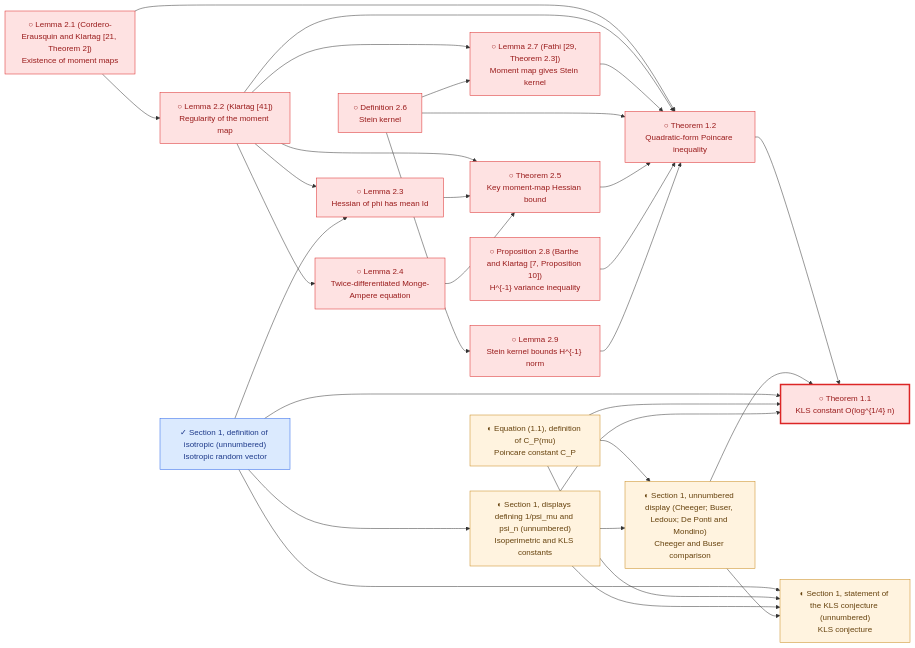
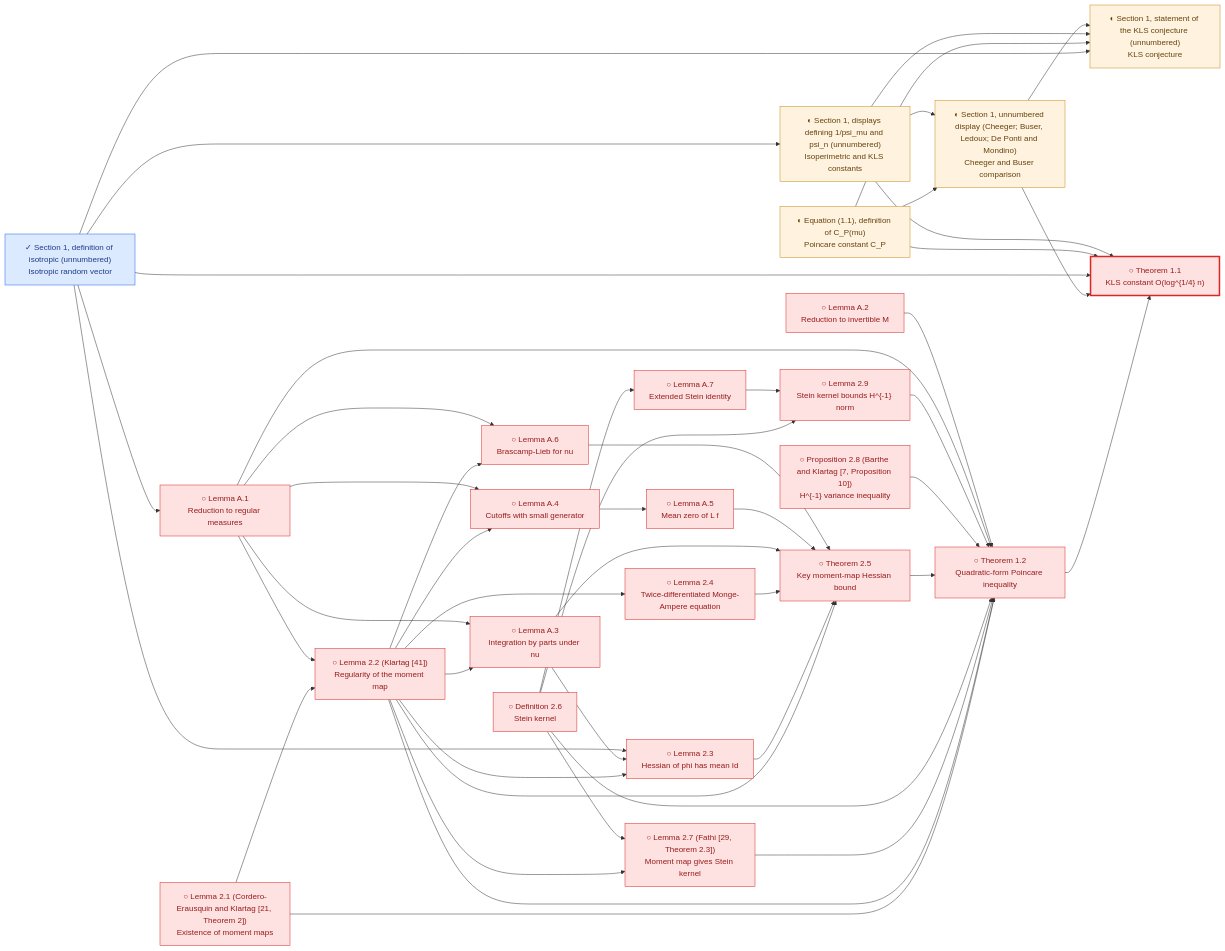
One commit to human-ai-mathematics/kls-lean changed diagram 17 of 19 in research/progress/README.md. Above: the diagram before and after it, drawn with Mermaid. The commit also changed other lines of this file and 6 other files, not shown here.

````diff
--- a/research/progress/README.md
+++ b/research/progress/README.md
@@ -757,55 +869,79 @@
 ```mermaid
 flowchart LR
     Letwin2026_DISO["✓ Section 1, definition of isotropic (unnumbered)<br/>Isotropic random vector"]
     Letwin2026_DCP["◐ Equation (1.1), definition of C_P(mu)<br/>Poincare constant C_P"]
     Letwin2026_DPSI["◐ Section 1, displays defining 1/psi_mu and psi_n (unnumbered)<br/>Isoperimetric and KLS constants"]
     Letwin2026_ECMP["◐ Section 1, unnumbered display (Cheeger; Buser, Ledoux; De Ponti and Mondino)<br/>Cheeger and Buser comparison"]
     Letwin2026_CONJ["◐ Section 1, statement of the KLS conjecture (unnumbered)<br/>KLS conjecture"]
     Letwin2026_T11["○ Theorem 1.1<br/>KLS constant O(log^{1/4} n)"]
     Letwin2026_T12["○ Theorem 1.2<br/>Quadratic-form Poincare inequality"]
     Letwin2026_L21["○ Lemma 2.1 (Cordero-Erausquin and Klartag [21, Theorem 2])<br/>Existence of moment maps"]
     Letwin2026_L22["○ Lemma 2.2 (Klartag [41])<br/>Regularity of the moment map"]
     Letwin2026_L23["○ Lemma 2.3<br/>Hessian of phi has mean Id"]
     Letwin2026_L24["○ Lemma 2.4<br/>Twice-differentiated Monge-Ampere equation"]
     Letwin2026_T25["○ Theorem 2.5<br/>Key moment-map Hessian bound"]
     Letwin2026_D26["○ Definition 2.6<br/>Stein kernel"]
     Letwin2026_L27["○ Lemma 2.7 (Fathi [29, Theorem 2.3])<br/>Moment map gives Stein kernel"]
     Letwin2026_P28["○ Proposition 2.8 (Barthe and Klartag [7, Proposition 10])<br/>H^{-1} variance inequality"]
     Letwin2026_L29["○ Lemma 2.9<br/>Stein kernel bounds H^{-1} norm"]
+    Letwin2026_LA1["○ Lemma A.1<br/>Reduction to regular measures"]
+    Letwin2026_LA2["○ Lemma A.2<br/>Reduction to invertible M"]
+    Letwin2026_LA3["○ Lemma A.3<br/>Integration by parts under nu"]
+    Letwin2026_LA4["○ Lemma A.4<br/>Cutoffs with small generator"]
+    Letwin2026_LA5["○ Lemma A.5<br/>Mean zero of L f"]
+    Letwin2026_LA6["○ Lemma A.6<br/>Brascamp-Lieb for nu"]
+    Letwin2026_LA7["○ Lemma A.7<br/>Extended Stein identity"]
     Letwin2026_DISO --> Letwin2026_DPSI
     Letwin2026_DCP --> Letwin2026_ECMP
     Letwin2026_DPSI --> Letwin2026_ECMP
     Letwin2026_DISO --> Letwin2026_CONJ
     Letwin2026_DCP --> Letwin2026_CONJ
     Letwin2026_DPSI --> Letwin2026_CONJ
     Letwin2026_ECMP --> Letwin2026_CONJ
     Letwin2026_T12 --> Letwin2026_T11
     Letwin2026_ECMP --> Letwin2026_T11
     Letwin2026_DISO --> Letwin2026_T11
     Letwin2026_DCP --> Letwin2026_T11
     Letwin2026_DPSI --> Letwin2026_T11
     Letwin2026_L21 --> Letwin2026_T12
     Letwin2026_L22 --> Letwin2026_T12
     Letwin2026_L27 --> Letwin2026_T12
     Letwin2026_D26 --> Letwin2026_T12
     Letwin2026_T25 --> Letwin2026_T12
     Letwin2026_P28 --> Letwin2026_T12
     Letwin2026_L29 --> Letwin2026_T12
+    Letwin2026_LA1 --> Letwin2026_T12
+    Letwin2026_LA2 --> Letwin2026_T12
     Letwin2026_L21 --> Letwin2026_L22
+    Letwin2026_LA1 --> Letwin2026_L22
     Letwin2026_L22 --> Letwin2026_L23
+    Letwin2026_LA3 --> Letwin2026_L23
     Letwin2026_DISO --> Letwin2026_L23
     Letwin2026_L22 --> Letwin2026_L24
     Letwin2026_L22 --> Letwin2026_T25
     Letwin2026_L23 --> Letwin2026_T25
     Letwin2026_L24 --> Letwin2026_T25
+    Letwin2026_LA3 --> Letwin2026_T25
+    Letwin2026_LA5 --> Letwin2026_T25
+    Letwin2026_LA6 --> Letwin2026_T25
     Letwin2026_L22 --> Letwin2026_L27
     Letwin2026_D26 --> Letwin2026_L27
     Letwin2026_D26 --> Letwin2026_L29
+    Letwin2026_LA7 --> Letwin2026_L29
+    Letwin2026_DISO --> Letwin2026_LA1
+    Letwin2026_L22 --> Letwin2026_LA3
+    Letwin2026_LA1 --> Letwin2026_LA3
+    Letwin2026_L22 --> Letwin2026_LA4
+    Letwin2026_LA1 --> Letwin2026_LA4
+    Letwin2026_LA4 --> Letwin2026_LA5
+    Letwin2026_L22 --> Letwin2026_LA6
+    Letwin2026_LA1 --> Letwin2026_LA6
+    Letwin2026_D26 --> Letwin2026_LA7
     classDef lemma_formalized fill:#dbeafe,stroke:#2563eb,color:#1e3a8a;
     class Letwin2026_DISO lemma_formalized;
     classDef lemma_partial fill:#fff3df,stroke:#c88719,color:#66420d;
     class Letwin2026_DCP,Letwin2026_DPSI,Letwin2026_ECMP,Letwin2026_CONJ lemma_partial;
     classDef lemma_pending fill:#fee2e2,stroke:#dc2626,color:#991b1b;
-    class Letwin2026_T11,Letwin2026_T12,Letwin2026_L21,Letwin2026_L22,Letwin2026_L23,Letwin2026_L24,Letwin2026_T25,Letwin2026_D26,Letwin2026_L27,Letwin2026_P28,Letwin2026_L29 lemma_pending;
+    class Letwin2026_T11,Letwin2026_T12,Letwin2026_L21,Letwin2026_L22,Letwin2026_L23,Letwin2026_L24,Letwin2026_T25,Letwin2026_D26,Letwin2026_L27,Letwin2026_P28,Letwin2026_L29,Letwin2026_LA1,Letwin2026_LA2,Letwin2026_LA3,Letwin2026_LA4,Letwin2026_LA5,Letwin2026_LA6,Letwin2026_LA7 lemma_pending;
     style Letwin2026_T11 stroke-width:3px
 ```
````
